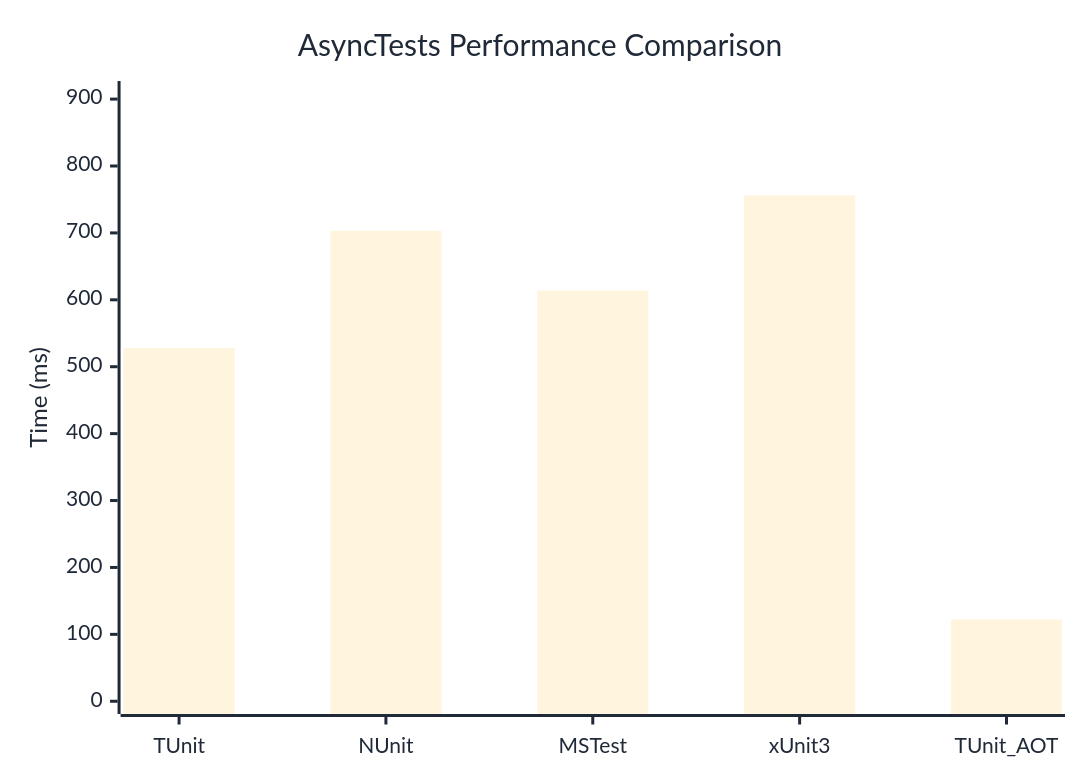
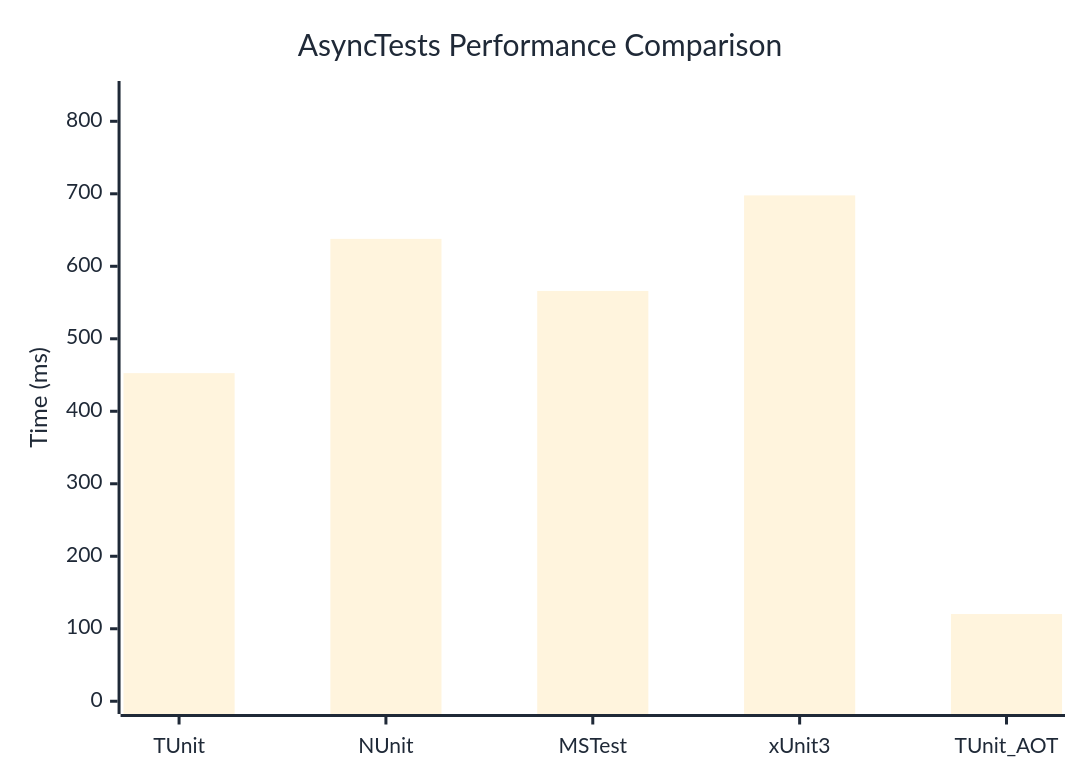
One commit to thomhurst/TUnit changed the diagram in docs/docs/benchmarks/AsyncTests.md. Above: the diagram before and after it, drawn with Mermaid. The commit also changed other lines of this file and 17 other files, not shown here.

````diff
--- a/docs/docs/benchmarks/AsyncTests.md
+++ b/docs/docs/benchmarks/AsyncTests.md
@@ -27,37 +27,37 @@
 ```mermaid
 %%{init: {
   'theme':'base',
   'themeVariables': {
     'primaryColor': '#2563eb',
     'primaryTextColor': '#1f2937',
     'primaryBorderColor': '#1e40af',
     'lineColor': '#6b7280',
     'secondaryColor': '#7c3aed',
     'tertiaryColor': '#dc2626',
     'background': '#ffffff',
     'mainBkg': '#2563eb',
     'secondBkg': '#7c3aed',
     'tertiaryBkg': '#dc2626',
     'clusterBkg': '#f3f4f6',
     'edgeLabelBackground': '#ffffff',
     'tertiaryTextColor': '#1f2937',
     'pie1': '#2563eb',
     'pie2': '#7c3aed',
     'pie3': '#dc2626',
     'pie4': '#f59e0b',
     'pie5': '#10b981',
     'pie6': '#06b6d4',
     'pie7': '#ec4899',
     'pie8': '#6366f1',
     'pie9': '#84cc16',
     'pie10': '#f97316',
     'pie11': '#14b8a6',
     'pie12': '#a855f7'
   }
 }}%%
 xychart-beta
   title "AsyncTests Performance Comparison"
   x-axis ["TUnit", "NUnit", "MSTest", "xUnit3", "TUnit_AOT"]
-  y-axis "Time (ms)" 0 --> 908
-  bar [528, 703.2, 613.9, 756, 122.2]
+  y-axis "Time (ms)" 0 --> 838
+  bar [452.6, 637.8, 566, 697.8, 120.3]
 ```
````
